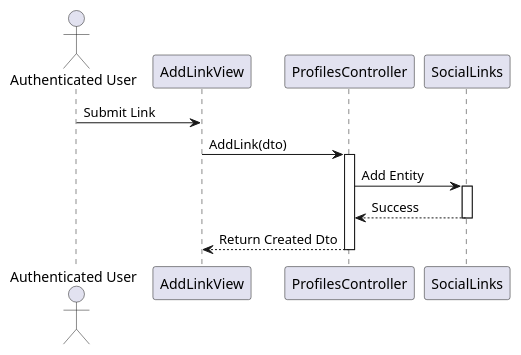
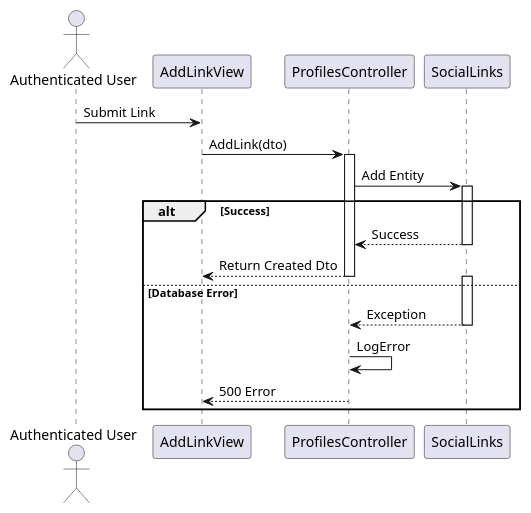
One commit to I-Love-U-3000/Favi-BE changed the fourth of 6 diagrams in UC_2.1.9_Adjust_User_Settings.md. Above: the diagram before and after it, drawn with PlantUML. The commit also changed other lines of this file and 4 other files, not shown here.

````diff
--- a/UC_2.1.9_Adjust_User_Settings.md
+++ b/UC_2.1.9_Adjust_User_Settings.md
@@ -143,18 +150,27 @@
 ```plantuml
 @startuml
 actor "Authenticated User" as User
 participant "AddLinkView" as View
 participant "ProfilesController" as Controller
 participant "SocialLinks" as DB
 
 User -> View: Submit Link
 View -> Controller: AddLink(dto)
 activate Controller
 Controller -> DB: Add Entity
 activate DB
-DB --> Controller: Success
-deactivate DB
-Controller --> View: Return Created Dto
-deactivate Controller
+alt Success
+    DB --> Controller: Success
+    deactivate DB
+    Controller --> View: Return Created Dto
+    deactivate Controller
+else Database Error
+    activate DB
+    DB --> Controller: Exception
+    deactivate DB
+    Controller -> Controller: LogError
+    Controller --> View: 500 Error
+    deactivate Controller
+end
 @enduml
 ```
````
